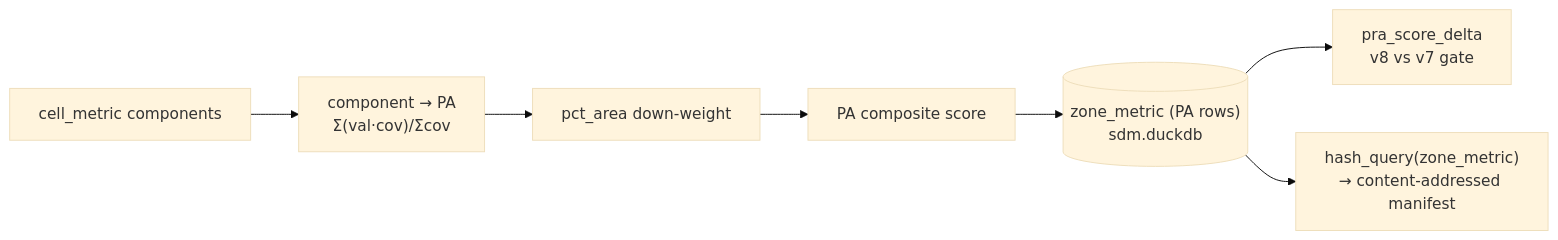
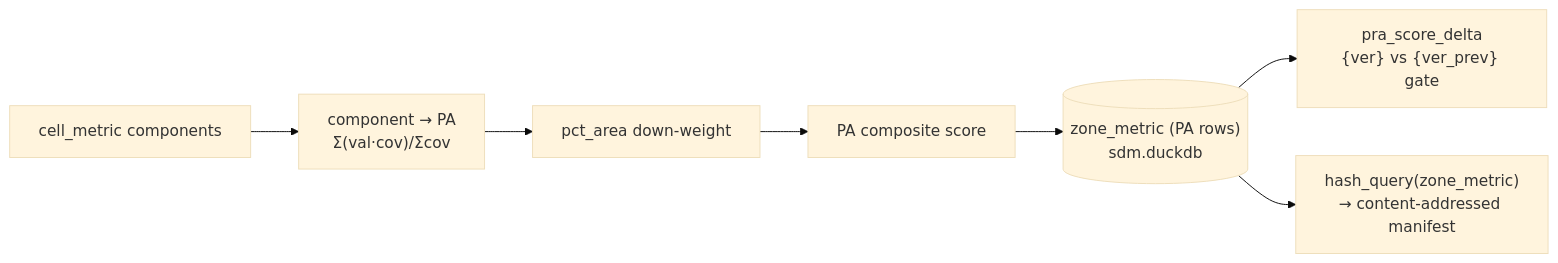
The diagram in score_zone_metrics.qmd (MarineSensitivity/workflows), drawn with Mermaid (base theme) before and after one commit. The commit also changed other lines of this file and 1 other file, not shown here.

First line of the commit message:
build_registry: drop inherited columns the front-matter supplies (v8's dataset table has native_format etc.); score_zone_metrics gate labelled {ver} vs {ver_prev}

````diff
--- a/score_zone_metrics.qmd
+++ b/score_zone_metrics.qmd
@@ -23,11 +23,11 @@
 ```{mermaid}
 %%| label: fig-design
 %%| fig-cap: "Aggregate components to program areas (coverage-weighted, pct_area down-weight) → PA composite + v7 gate"
 flowchart LR
   cm["cell_metric components"] --> za["component → PA<br/>Σ(val·cov)/Σcov"]
   za --> pw["pct_area down-weight"]
   pw --> sc["PA composite score"]
   sc --> zm[("zone_metric (PA rows)<br/>sdm.duckdb")]
-  zm --> gate["pra_score_delta<br/>v8 vs v7 gate"]
+  zm --> gate["pra_score_delta<br/>{ver} vs {ver_prev} gate"]
   zm --> mf["hash_query(zone_metric)<br/>→ content-addressed manifest"]
 ```
````
